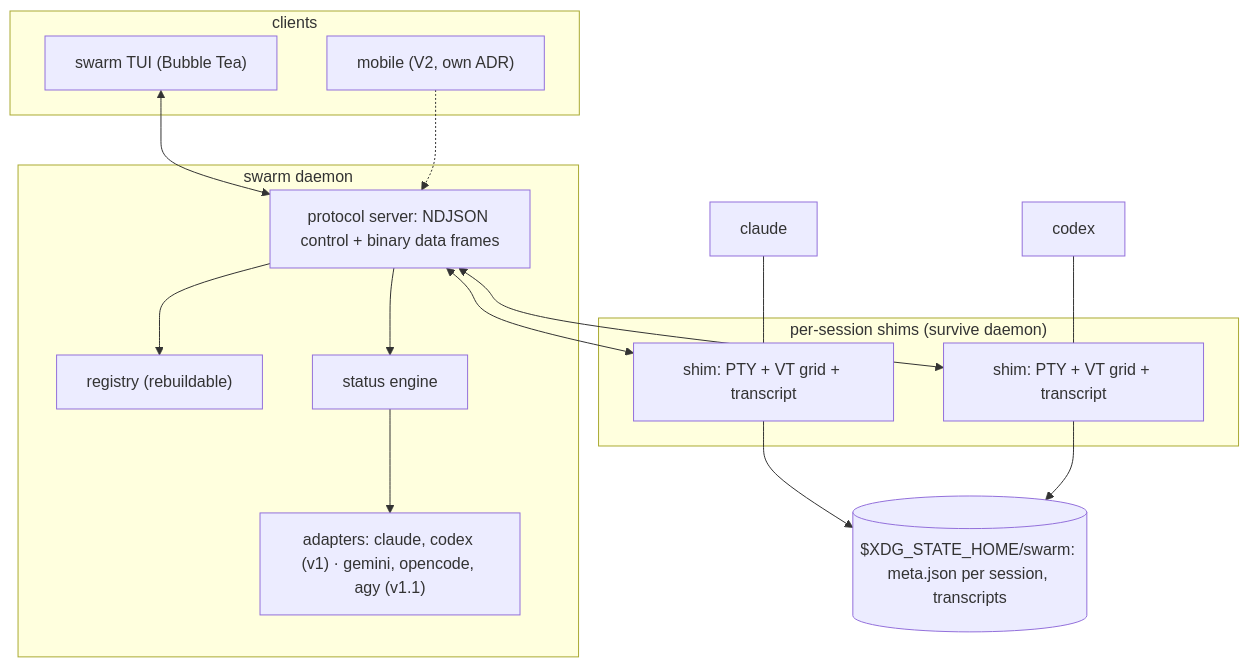
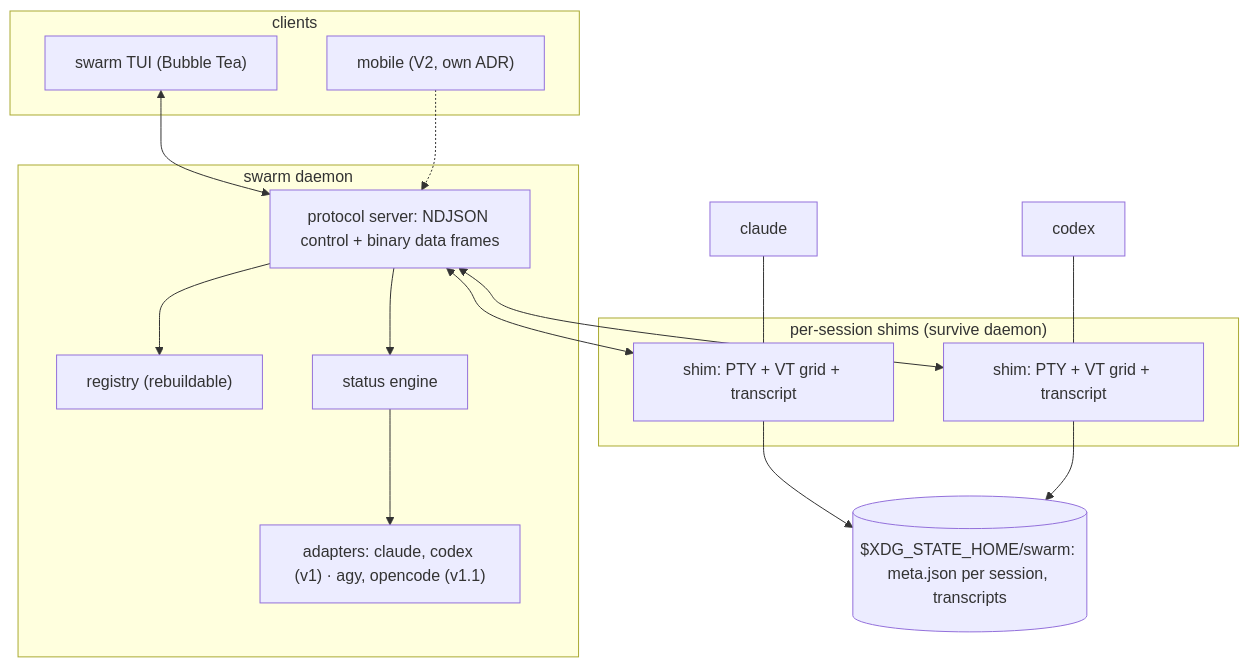
Before and after one commit to Nathandela/swarm: the first of 3 diagrams in docs/specifications/system-spec.md, drawn with Mermaid. The commit also changed other lines of this file and 5 other files, not shown here.

First line of the commit message:
Phase F: register agy+opencode adapters, engine-path tests, spec truth-up

````diff
--- a/docs/specifications/system-spec.md
+++ b/docs/specifications/system-spec.md
@@ -148,25 +148,25 @@
 ```mermaid
 flowchart TB
   subgraph clients["clients"]
     TUI["swarm TUI (Bubble Tea)"]
     MOB["mobile (V2, own ADR)"]
   end
   subgraph daemon["swarm daemon"]
     API["protocol server: NDJSON control + binary data frames"]
     REG["registry (rebuildable)"]
     DET["status engine"]
-    ADP["adapters: claude, codex (v1) · gemini, opencode, agy (v1.1)"]
+    ADP["adapters: claude, codex (v1) · agy, opencode (v1.1)"]
   end
   subgraph shims["per-session shims (survive daemon)"]
     SH1["shim: PTY + VT grid + transcript"]
     SH2["shim: PTY + VT grid + transcript"]
   end
   A1["claude"] --- SH1
   A2["codex"] --- SH2
   TUI <--> API
   MOB -.-> API
   API --> REG & DET
   DET --> ADP
   API <--> SH1 & SH2
   SH1 & SH2 --> DISK[("$XDG_STATE_HOME/swarm: meta.json per session, transcripts")]
 ```
````
